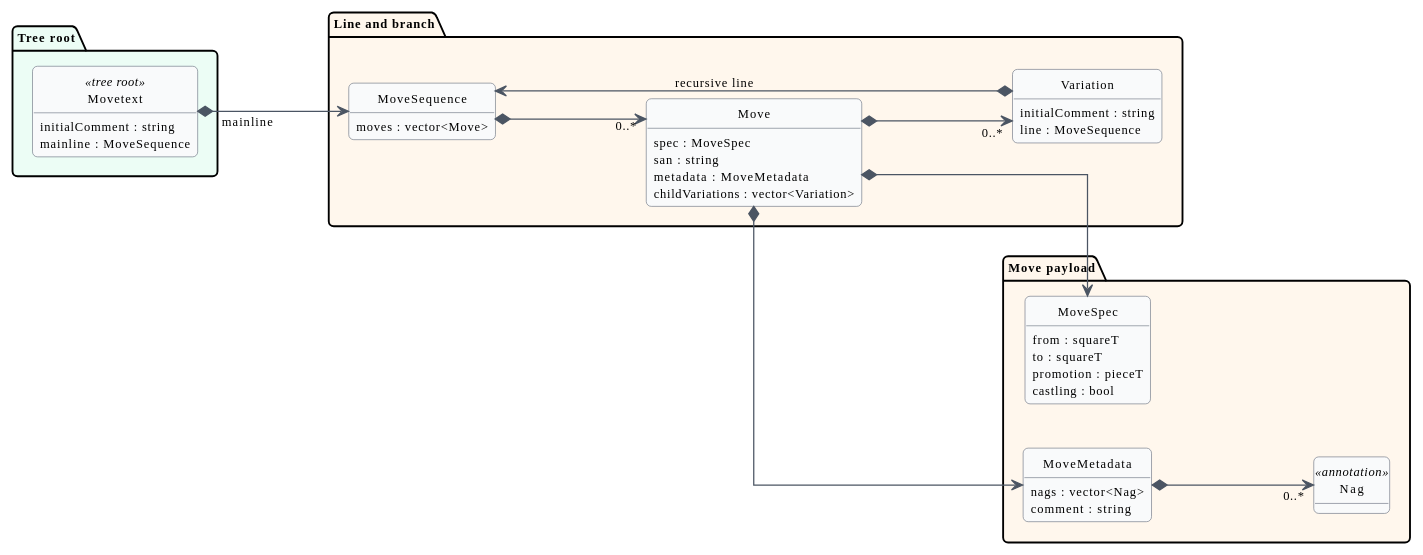
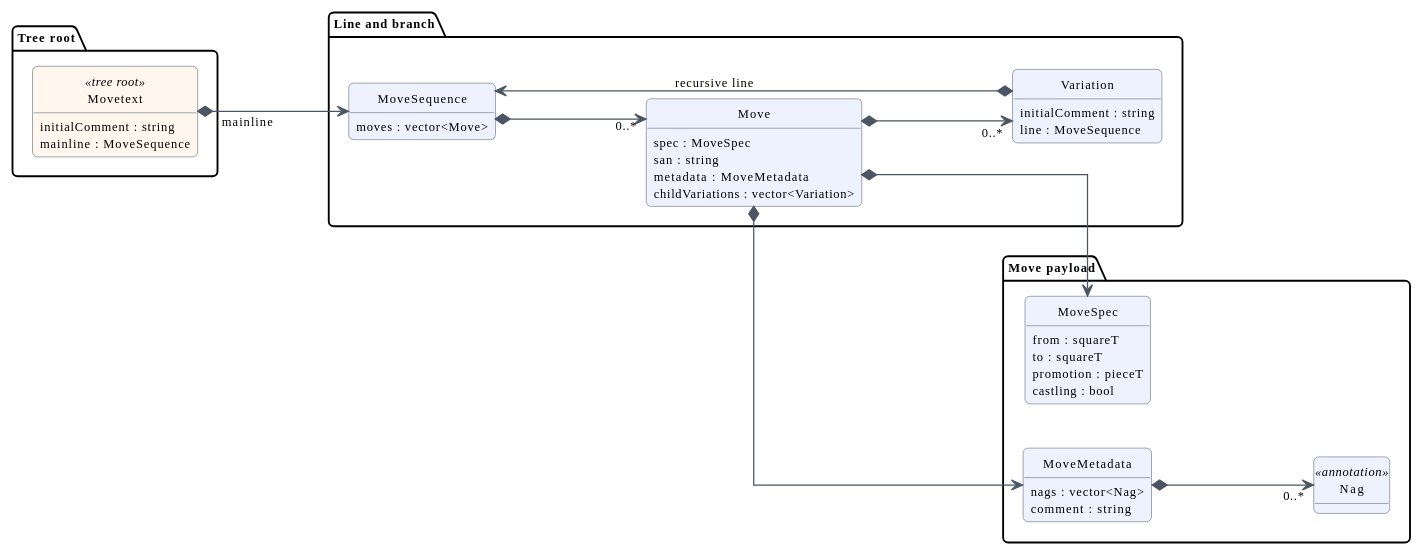
One commit to bahmanm/libscid changed the second of 2 diagrams in docs/architecture/core-movetext.md. Above: the diagram before and after it, drawn with PlantUML. The commit also changed other lines of this file and 10 other files, not shown here.

```diff
--- a/docs/architecture/core-movetext.md
+++ b/docs/architecture/core-movetext.md
@@ -63,68 +70,68 @@
 @startuml core-movetext-domain-model
 skinparam backgroundColor #FFFFFF
 skinparam shadowing false
 skinparam linetype ortho
 skinparam defaultFontName Cantarel
 skinparam defaultFontSize 10
 skinparam classFontName "Source Code Pro"
 skinparam classAttributeFontName "Source Code Pro"
 skinparam roundcorner 8
 skinparam ArrowColor #4B5563
 skinparam ClassBorderColor #6B7280
-skinparam ClassBackgroundColor #F9FAFB
+skinparam ClassBackgroundColor #EEF2FF
 skinparam classAttributeIconSize 0
 
 hide circle
 hide empty methods
 
 left to right direction
 
-package "Tree root" #ECFDF5 {
-  class "Movetext" as DetailMovetext <<tree root>> {
+package "Tree root" {
+  class "Movetext" as DetailMovetext <<tree root>> #FFF7ED {
     initialComment : string
     mainline : MoveSequence
   }
 }
 
-package "Line and branch" #FFF7ED {
+package "Line and branch" {
   class "MoveSequence" as DetailMoveSequence {
     moves : vector<Move>
   }
 
   class "Move" as DetailMove {
     spec : MoveSpec
     san : string
     metadata : MoveMetadata
     childVariations : vector<Variation>
   }
 
   class "Variation" as DetailVariation {
     initialComment : string
     line : MoveSequence
   }
 }
 
-package "Move payload" #FFF7ED {
+package "Move payload" {
   class "MoveSpec" as DetailMoveSpec {
     from : squareT
     to : squareT
     promotion : pieceT
     castling : bool
   }
 
   class "MoveMetadata" as DetailMoveMetadata {
     nags : vector<Nag>
     comment : string
   }
 
   class "Nag" as DetailNag <<annotation>>
 }
 
 DetailMovetext *---> DetailMoveSequence : <font:Source Code Pro>mainline</font>
 DetailMoveSequence *---> "0..*" DetailMove
 DetailMove *---> DetailMoveSpec
 DetailMove *---> DetailMoveMetadata
 DetailMoveMetadata *---> "0..*" DetailNag
 DetailMove *---> "0..*" DetailVariation
 DetailVariation *---> DetailMoveSequence : recursive line
 @enduml
```
